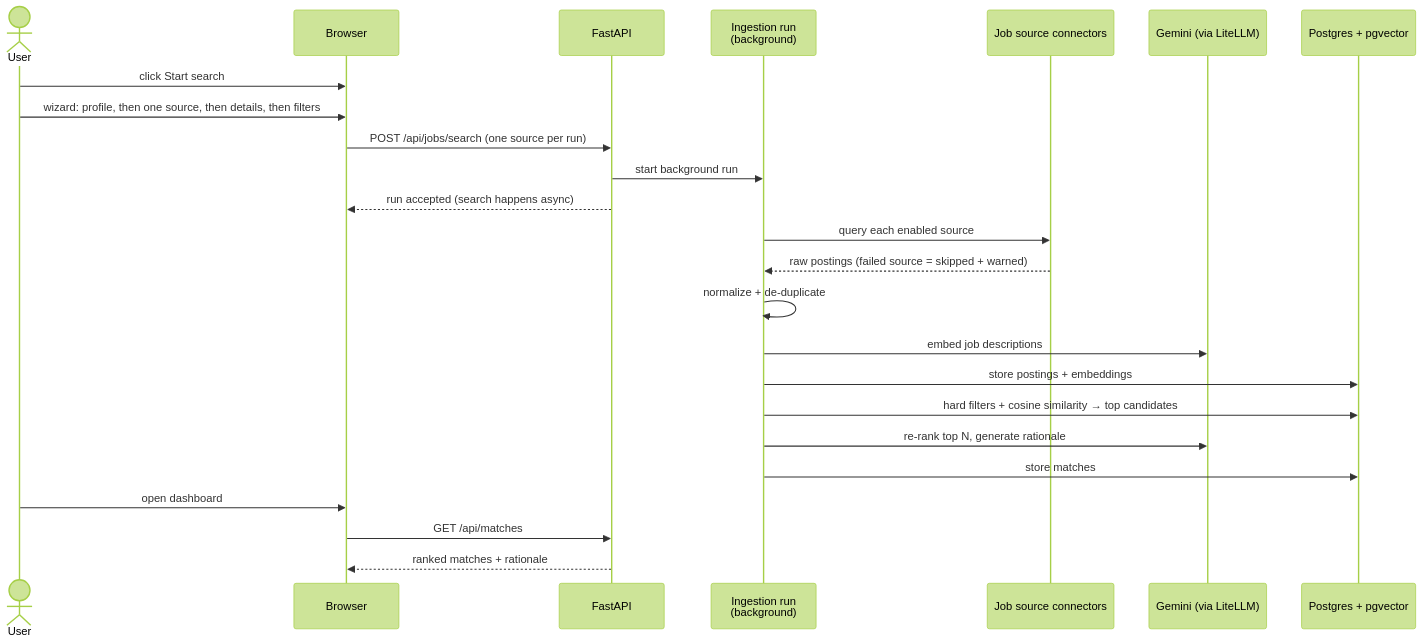
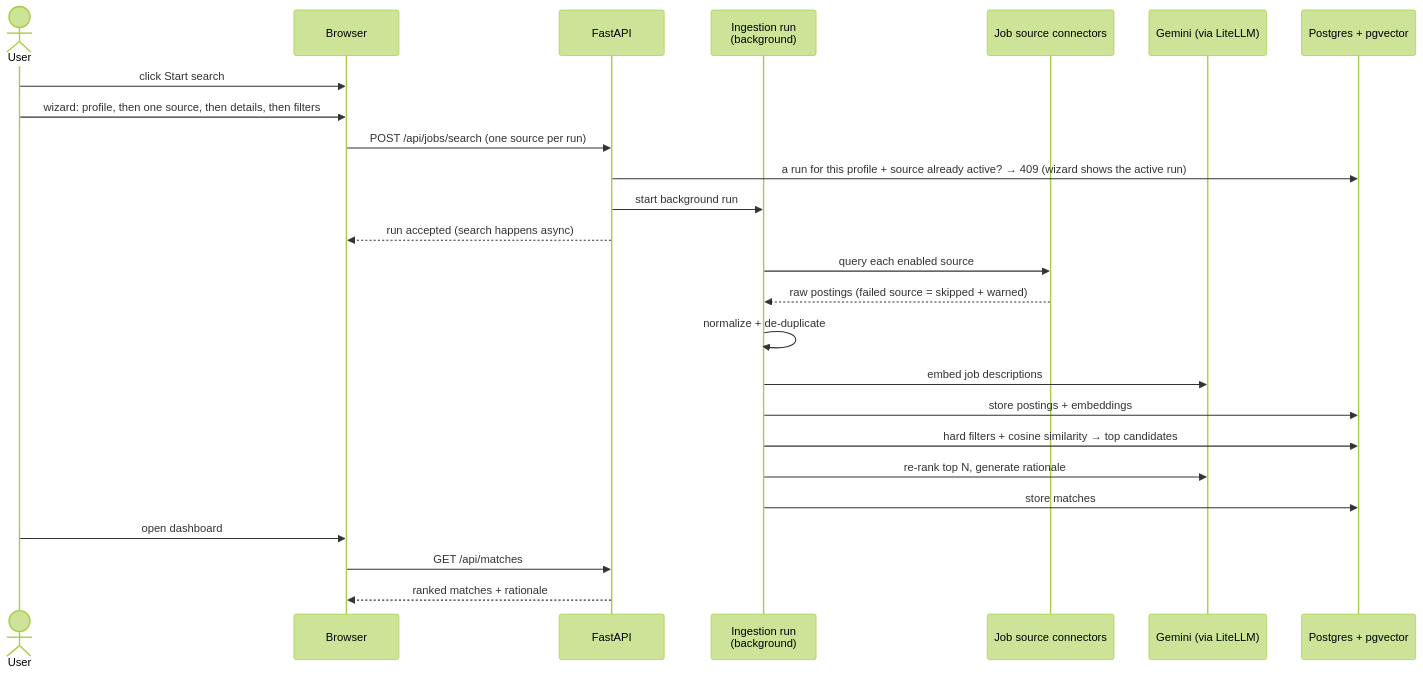
Before and after one commit to MSVhora/ai_job_assistant: the second of 2 diagrams in docs/guide/03-job-discovery-and-matching.md, drawn with Mermaid (forest theme). The commit also changed other lines of this file and 22 other files, not shown here.

Commit message:
feat(v4/36): one active run per (profile, source) — partial unique index, 409 with active run id, stale-run sweeper

````diff
--- a/docs/guide/03-job-discovery-and-matching.md
+++ b/docs/guide/03-job-discovery-and-matching.md
@@ -334,27 +334,28 @@
 ```mermaid
 sequenceDiagram
     actor U as User
     participant B as Browser
     participant A as FastAPI
     participant I as Ingestion run<br/>(background)
     participant C as Job source connectors
     participant G as Gemini (via LiteLLM)
     participant D as Postgres + pgvector
 
     U->>B: click Start search
     U->>B: wizard: profile, then one source, then details, then filters
     B->>A: POST /api/jobs/search (one source per run)
+    A->>D: a run for this profile + source already active? → 409 (wizard shows the active run)
     A->>I: start background run
     A-->>B: run accepted (search happens async)
     I->>C: query each enabled source
     C-->>I: raw postings (failed source = skipped + warned)
     I->>I: normalize + de-duplicate
     I->>G: embed job descriptions
     I->>D: store postings + embeddings
     I->>D: hard filters + cosine similarity → top candidates
     I->>G: re-rank top N, generate rationale
     I->>D: store matches
     U->>B: open dashboard
     B->>A: GET /api/matches
     A-->>B: ranked matches + rationale
 ```
````
